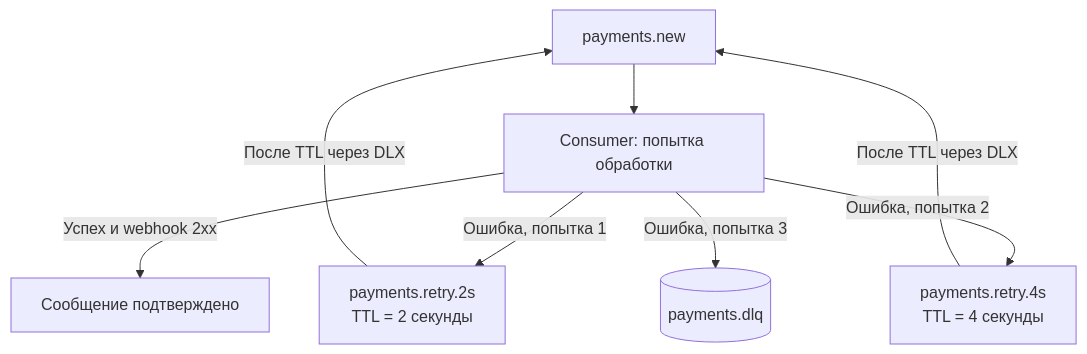
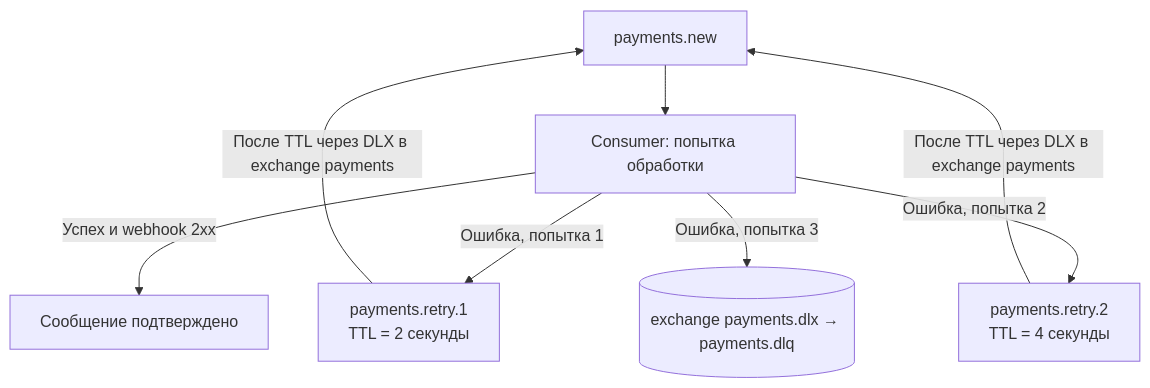
One commit to baterflyrity/payment-service-example changed the third of 3 diagrams in README.md. Above: the diagram before and after it, drawn with Mermaid. The commit also changed other lines of this file and 6 other files, not shown here.

````diff
--- a/README.md
+++ b/README.md
@@ -73,10 +79,10 @@
 ```mermaid
 flowchart TD
     Q[payments.new] --> C[Consumer: попытка обработки]
     C -->|Успех и webhook 2xx| ACK[Сообщение подтверждено]
-    C -->|Ошибка, попытка 1| R2[payments.retry.2s<br/>TTL = 2 секунды]
-    R2 -->|После TTL через DLX| Q
-    C -->|Ошибка, попытка 2| R4[payments.retry.4s<br/>TTL = 4 секунды]
-    R4 -->|После TTL через DLX| Q
-    C -->|Ошибка, попытка 3| DLQ[(payments.dlq)]
+    C -->|Ошибка, попытка 1| R2[payments.retry.1<br/>TTL = 2 секунды]
+    R2 -->|После TTL через DLX в exchange payments| Q
+    C -->|Ошибка, попытка 2| R4[payments.retry.2<br/>TTL = 4 секунды]
+    R4 -->|После TTL через DLX в exchange payments| Q
+    C -->|Ошибка, попытка 3| DLQ[(exchange payments.dlx → payments.dlq)]
 ```
````
